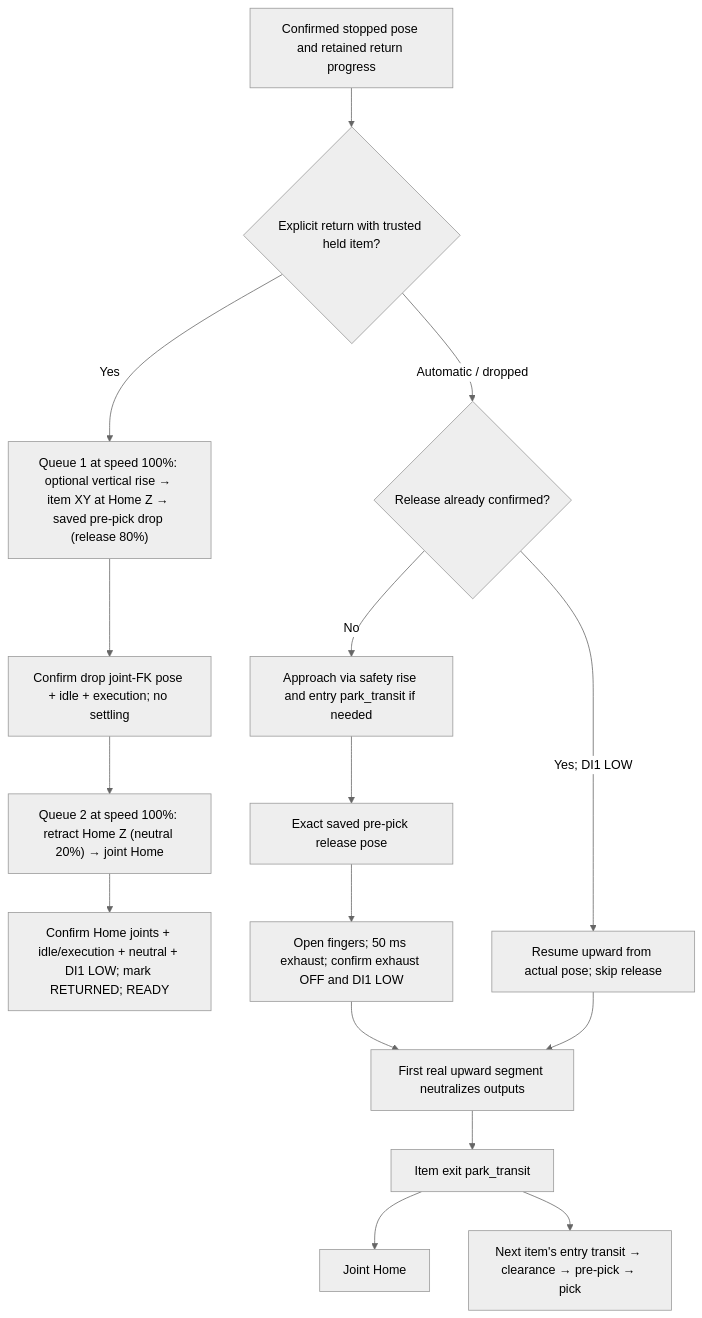
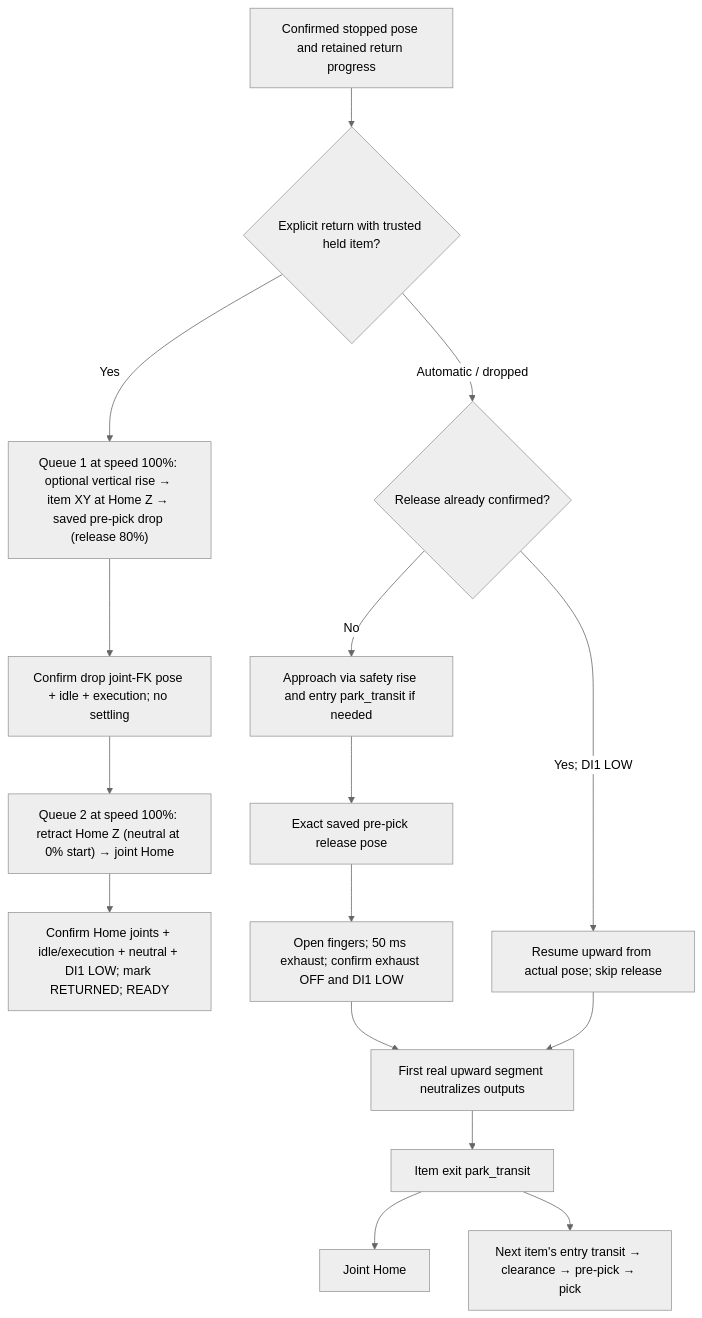
One commit to esgange/dobot_picknplace_yolo changed the ninth of 9 diagrams in docs/ROBOT_CONTROLLER_FSM.md. Above: the diagram before and after it, drawn with Mermaid (neutral theme). The commit also changed other lines of this file and 12 other files, not shown here.

Commit message:
Relax fingers during release and neutralize at retract start

````diff
--- a/docs/ROBOT_CONTROLLER_FSM.md
+++ b/docs/ROBOT_CONTROLLER_FSM.md
@@ -885,18 +898,18 @@
 ```mermaid
 flowchart TD
     Start["Confirmed stopped pose and retained return progress"] --> Kind{"Explicit return with trusted held item?"}
     Kind -->|Yes| Queue["Queue 1 at speed 100%: optional vertical rise → item XY at Home Z → saved pre-pick drop (release 80%)"]
     Queue --> Drop["Confirm drop joint-FK pose + idle + execution; no settling"]
-    Drop --> Return["Queue 2 at speed 100%: retract Home Z (neutral 20%) → joint Home"]
+    Drop --> Return["Queue 2 at speed 100%: retract Home Z (neutral at 0% start) → joint Home"]
     Return --> Done["Confirm Home joints + idle/execution + neutral + DI1 LOW; mark RETURNED; READY"]
     Kind -->|Automatic / dropped| Released{"Release already confirmed?"}
     Released -->|No| Up["Approach via safety rise and entry park_transit if needed"]
     Up --> Release["Exact saved pre-pick release pose"]
     Release --> Pulse["Open fingers; 50 ms exhaust; confirm exhaust OFF and DI1 LOW"]
     Pulse --> Retreat["First real upward segment neutralizes outputs"]
     Released -->|Yes; DI1 LOW| Resume["Resume upward from actual pose; skip release"]
     Resume --> Retreat
     Retreat --> Exit["Item exit park_transit"]
     Exit --> Home["Joint Home"]
     Exit --> Next["Next item's entry transit → clearance → pre-pick → pick"]
 ```
````
